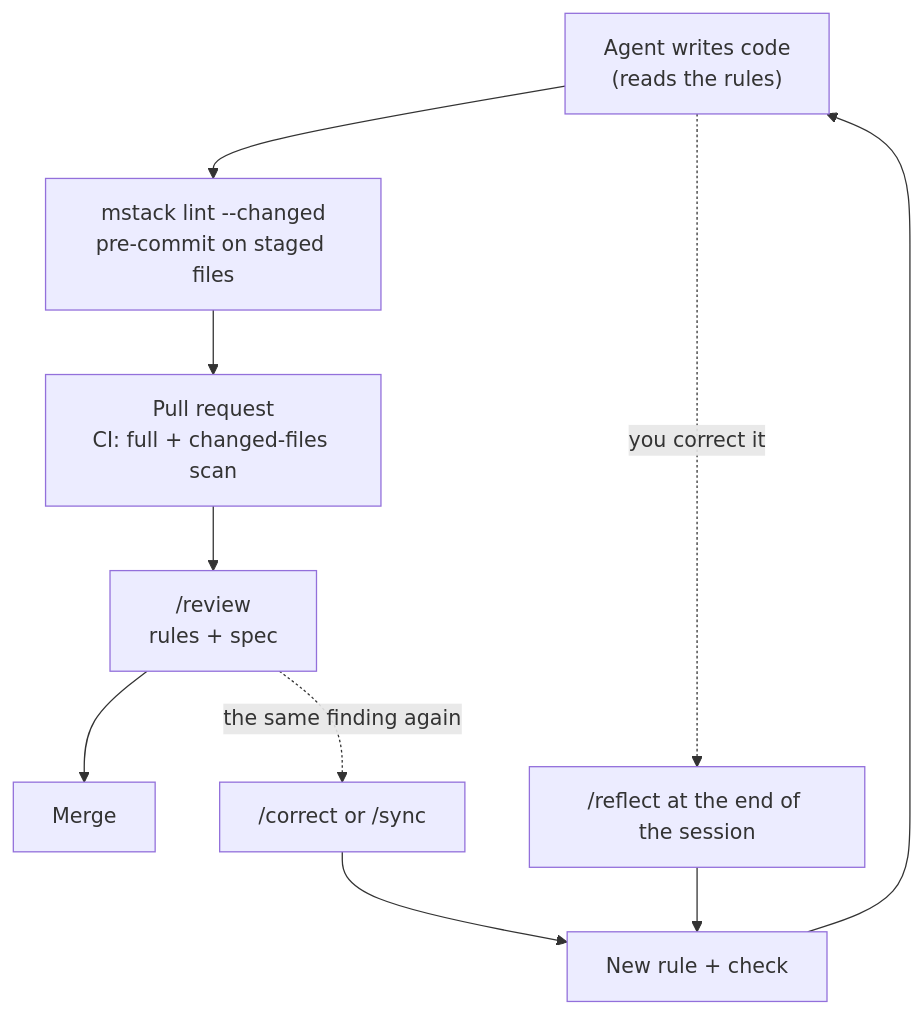
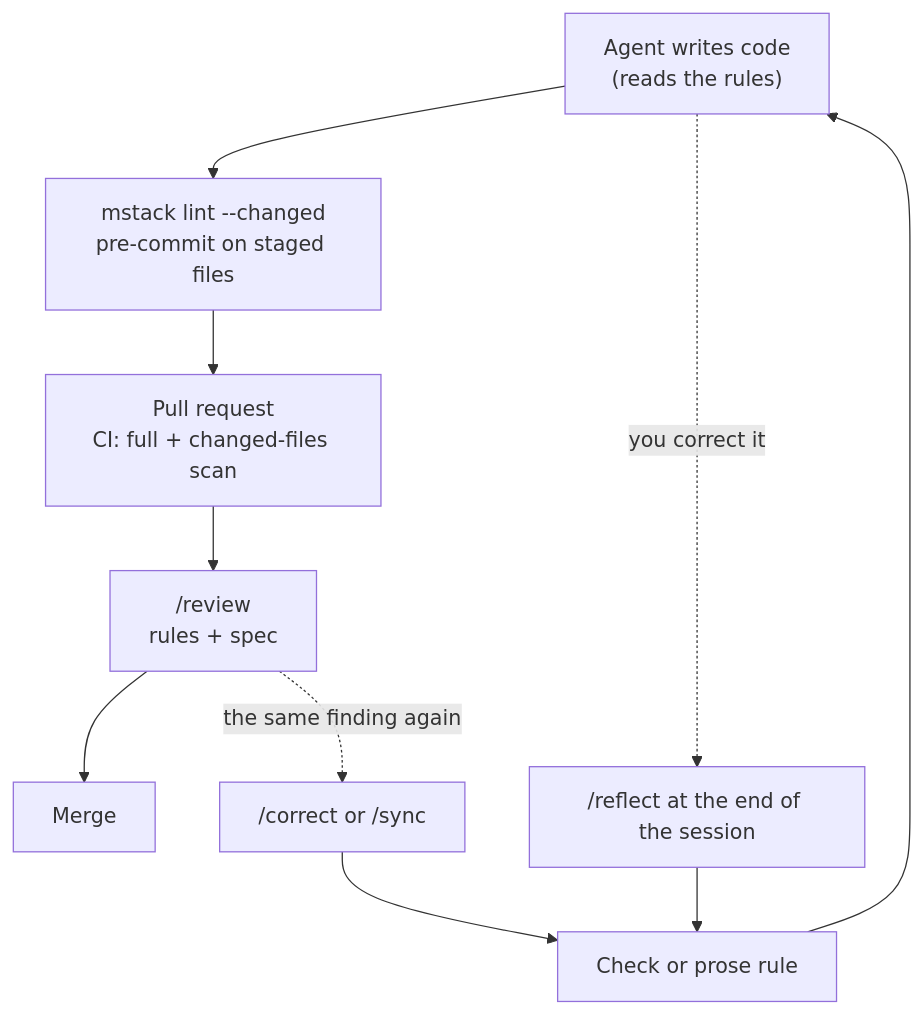
One commit to justmatias/mstack changed the second of 2 diagrams in docs/workflow.md. Above: the diagram before and after it, drawn with Mermaid. The commit also changed other lines of this file and 50 other files, not shown here.

First line of the commit message:
feat(rules): keep shared checks independent of agent prose (#56)

````diff
--- a/docs/workflow.md
+++ b/docs/workflow.md
@@ -57,12 +58,12 @@
 ```mermaid
 flowchart TD
     write["Agent writes code<br/>(reads the rules)"] --> local["mstack lint --changed<br/>pre-commit on staged files"]
     local --> pr["Pull request<br/>CI: full + changed-files scan"]
     pr --> rev["/review<br/>rules + spec"]
     rev --> merge["Merge"]
     write -. "you correct it" .-> refl["/reflect at the end of the session"]
     rev -. "the same finding again" .-> corr["/correct or /sync"]
-    refl --> rules["New rule + check"]
+    refl --> rules["Check or prose rule"]
     corr --> rules
     rules --> write
 ```
````
